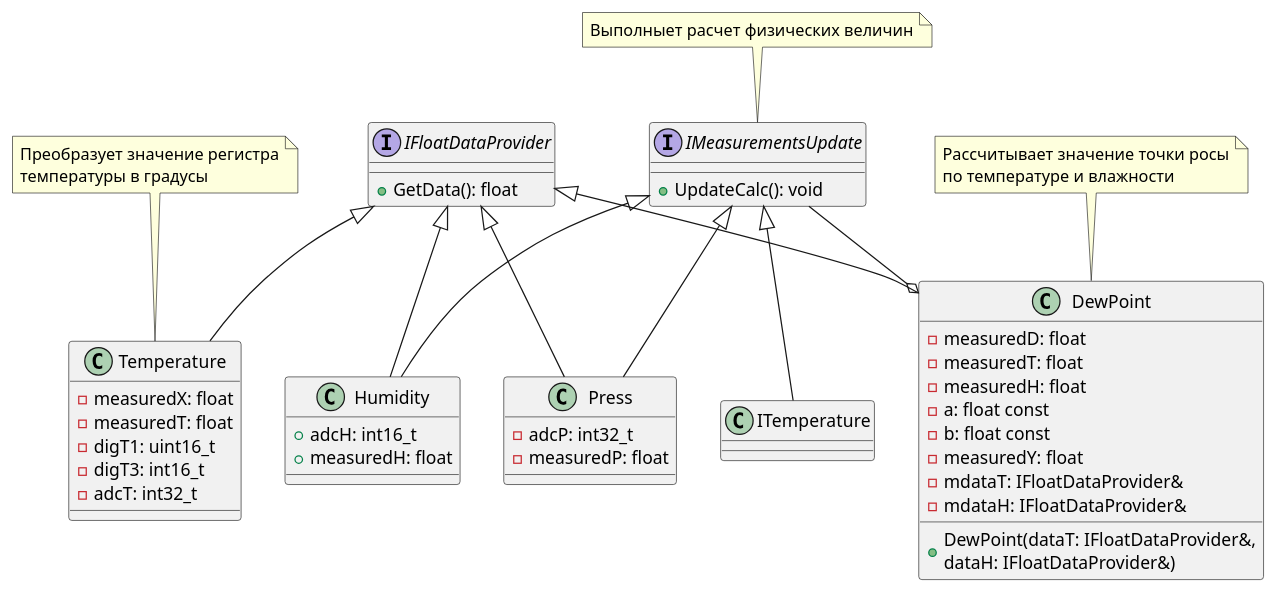
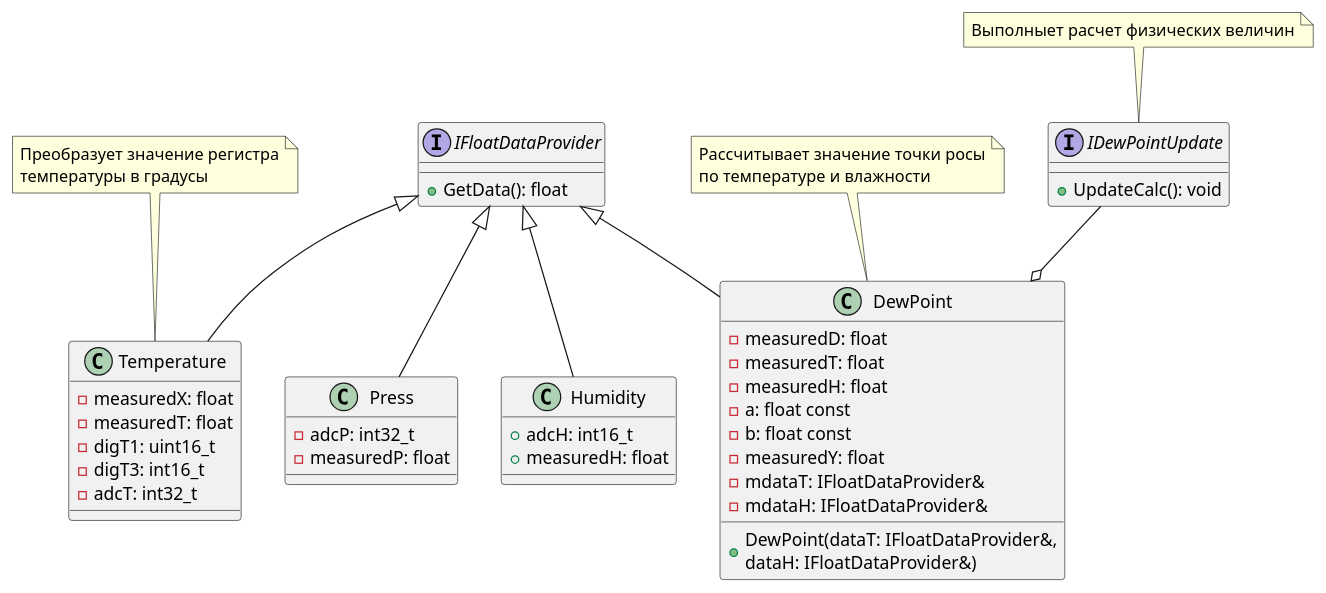
The fourth of 5 diagrams in Diagrams.adoc (Alexandro103/Laba), drawn with PlantUML before and after one commit. The commit also changed other lines of this file, not shown here.

```diff
--- a/Diagrams.adoc
+++ b/Diagrams.adoc
@@ -225,59 +224,57 @@
 [plantuml]
 ----
 @startuml
 
-interface IMeasurementsUpdate {
+interface IDewPointUpdate {
     +UpdateCalc(): void
 }
 
 interface IFloatDataProvider {
     +GetData(): float
 }
 
 class Temperature {
     -measuredX: float
     -measuredT: float
     -digT1: uint16_t
     -digT3: int16_t
     -adcT: int32_t
 }
 
 class Press {
     -adcP: int32_t
     -measuredP: float
 }
 
 class Humidity {
     +adcH: int16_t
     +measuredH: float
 }
 
 class DewPoint {
     -measuredD: float
     -measuredT: float
     -measuredH: float
     -a: float const
     -b: float const
     -measuredY: float
     -mdataT: IFloatDataProvider&
     -mdataH: IFloatDataProvider&
     +DewPoint(dataT: IFloatDataProvider&,\ndataH: IFloatDataProvider&)
 }
 
 note top of DewPoint: Рассчитывает значение точки росы\nпо температуре и влажности
 note top of Temperature: Преобразует значение регистра\nтемпературы в градусы
-note top of IMeasurementsUpdate: Выполныет расчет физических величин
+note top of IDewPointUpdate: Выполныет расчет физических величин
 
-IMeasurementsUpdate --o DewPoint
-IMeasurementsUpdate <|-- ITemperature
-IMeasurementsUpdate <|-- Press
-IMeasurementsUpdate <|-- Humidity
+IDewPointUpdate --o DewPoint
+
 
 IFloatDataProvider <|-- Temperature
 IFloatDataProvider <|-- Humidity
 IFloatDataProvider <|-- DewPoint
 IFloatDataProvider <|-- Press
 
 @enduml
 
 ----
```
